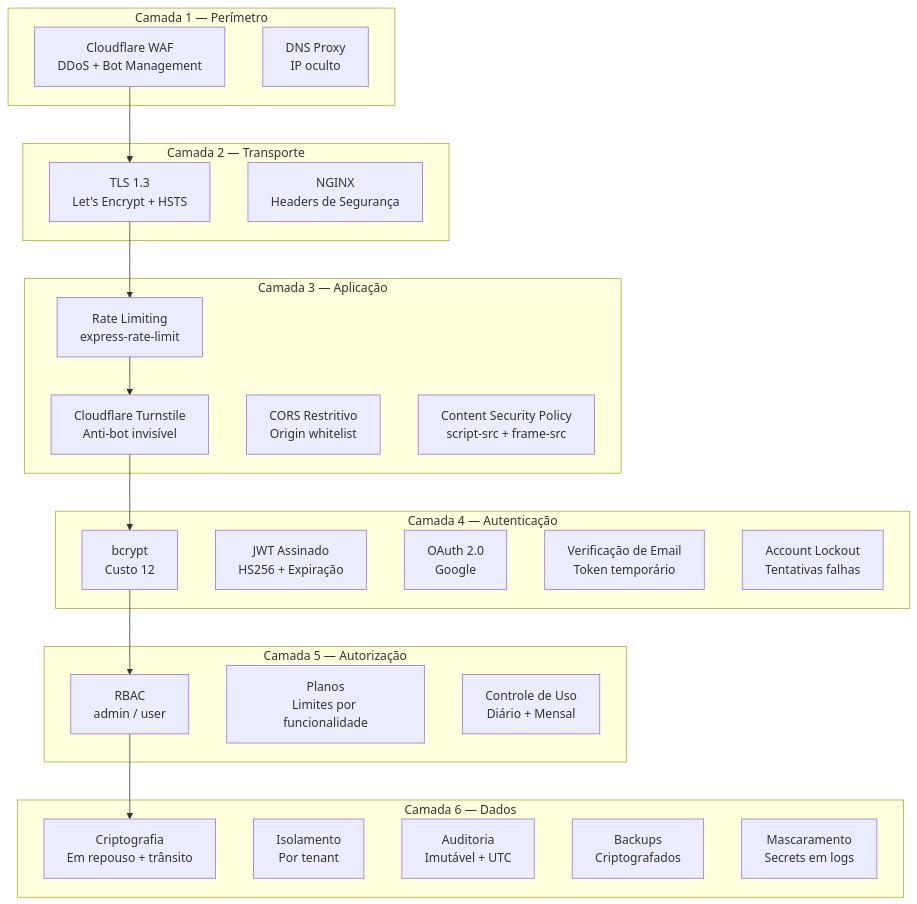
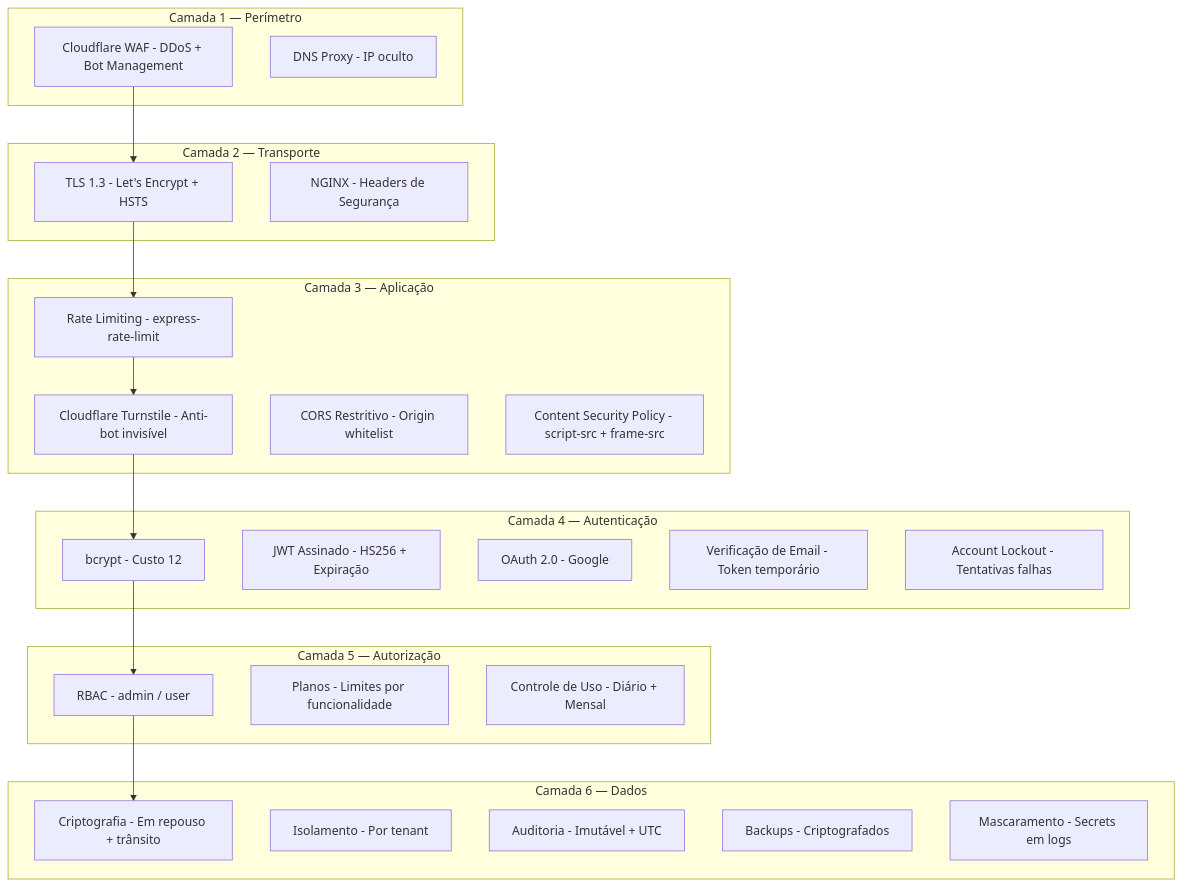
The eighth of 11 diagrams in docs/ARCHITECTURE_PTBR.md (SperryTecnologia/debuga-ai), drawn with Mermaid before and after one commit. The commit also changed other lines of this file and 213 other files, not shown here.

````diff
--- a/docs/ARCHITECTURE_PTBR.md
+++ b/docs/ARCHITECTURE_PTBR.md
@@ -412,46 +412,46 @@
 ```mermaid
 graph TB
     subgraph "Camada 1 — Perímetro"
-        CF2[Cloudflare WAF<br/>DDoS + Bot Management]
-        DNS2[DNS Proxy<br/>IP oculto]
+        CF2[Cloudflare WAF - DDoS + Bot Management]
+        DNS2[DNS Proxy - IP oculto]
     end
 
     subgraph "Camada 2 — Transporte"
-        TLS2[TLS 1.3<br/>Let's Encrypt + HSTS]
-        NGINX2[NGINX<br/>Headers de Segurança]
+        TLS2[TLS 1.3 - Let's Encrypt + HSTS]
+        NGINX2[NGINX - Headers de Segurança]
     end
 
     subgraph "Camada 3 — Aplicação"
-        RATE2[Rate Limiting<br/>express-rate-limit]
-        TURNSTILE2[Cloudflare Turnstile<br/>Anti-bot invisível]
-        CORS2[CORS Restritivo<br/>Origin whitelist]
-        CSP[Content Security Policy<br/>script-src + frame-src]
+        RATE2[Rate Limiting - express-rate-limit]
+        TURNSTILE2[Cloudflare Turnstile - Anti-bot invisível]
+        CORS2[CORS Restritivo - Origin whitelist]
+        CSP[Content Security Policy - script-src + frame-src]
     end
 
     subgraph "Camada 4 — Autenticação"
-        BCRYPT[bcrypt<br/>Custo 12]
-        JWT3[JWT Assinado<br/>HS256 + Expiração]
-        OAUTH2[OAuth 2.0<br/>Google]
-        VERIFY[Verificação de Email<br/>Token temporário]
-        LOCKOUT[Account Lockout<br/>Tentativas falhas]
+        BCRYPT[bcrypt - Custo 12]
+        JWT3[JWT Assinado - HS256 + Expiração]
+        OAUTH2[OAuth 2.0 - Google]
+        VERIFY[Verificação de Email - Token temporário]
+        LOCKOUT[Account Lockout - Tentativas falhas]
     end
 
     subgraph "Camada 5 — Autorização"
-        RBAC2[RBAC<br/>admin / user]
-        PLANS2[Planos<br/>Limites por funcionalidade]
-        USAGE[Controle de Uso<br/>Diário + Mensal]
+        RBAC2["RBAC - admin / user"]
+        PLANS2[Planos - Limites por funcionalidade]
+        USAGE[Controle de Uso - Diário + Mensal]
     end
 
     subgraph "Camada 6 — Dados"
-        ENCRYPT2[Criptografia<br/>Em repouso + trânsito]
-        ISOLATE2[Isolamento<br/>Por tenant]
-        AUDIT2[Auditoria<br/>Imutável + UTC]
-        BACKUP2[Backups<br/>Criptografados]
-        MASK[Mascaramento<br/>Secrets em logs]
+        ENCRYPT2[Criptografia - Em repouso + trânsito]
+        ISOLATE2[Isolamento - Por tenant]
+        AUDIT2[Auditoria - Imutável + UTC]
+        BACKUP2[Backups - Criptografados]
+        MASK[Mascaramento - Secrets em logs]
     end
 
     CF2 --> TLS2 --> RATE2 --> TURNSTILE2
     TURNSTILE2 --> BCRYPT
     BCRYPT --> RBAC2
     RBAC2 --> ENCRYPT2
 ```
````
